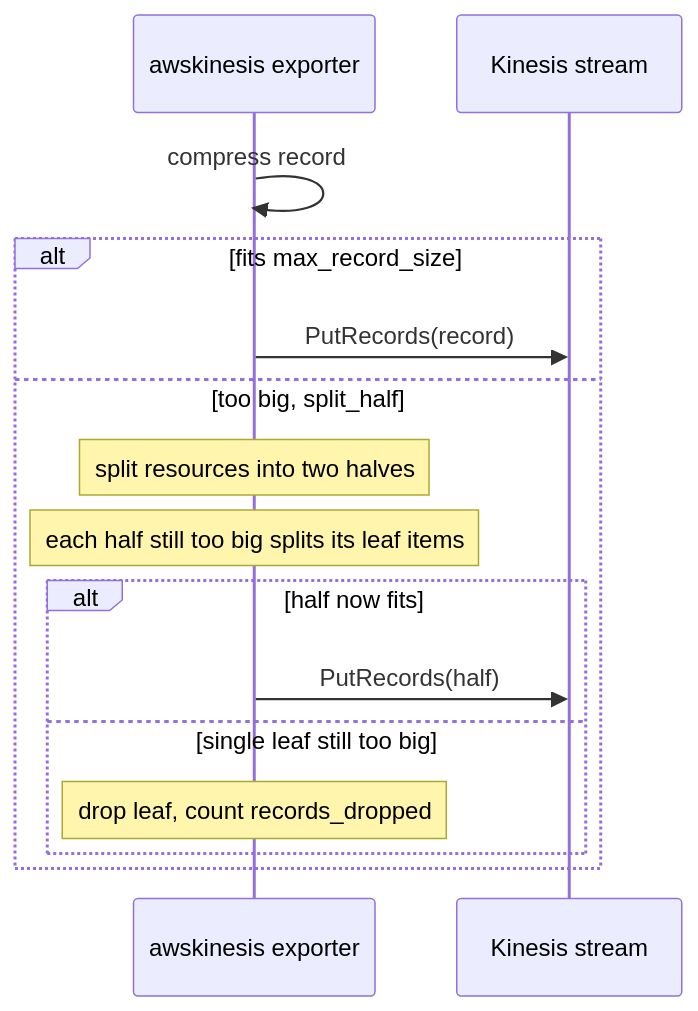
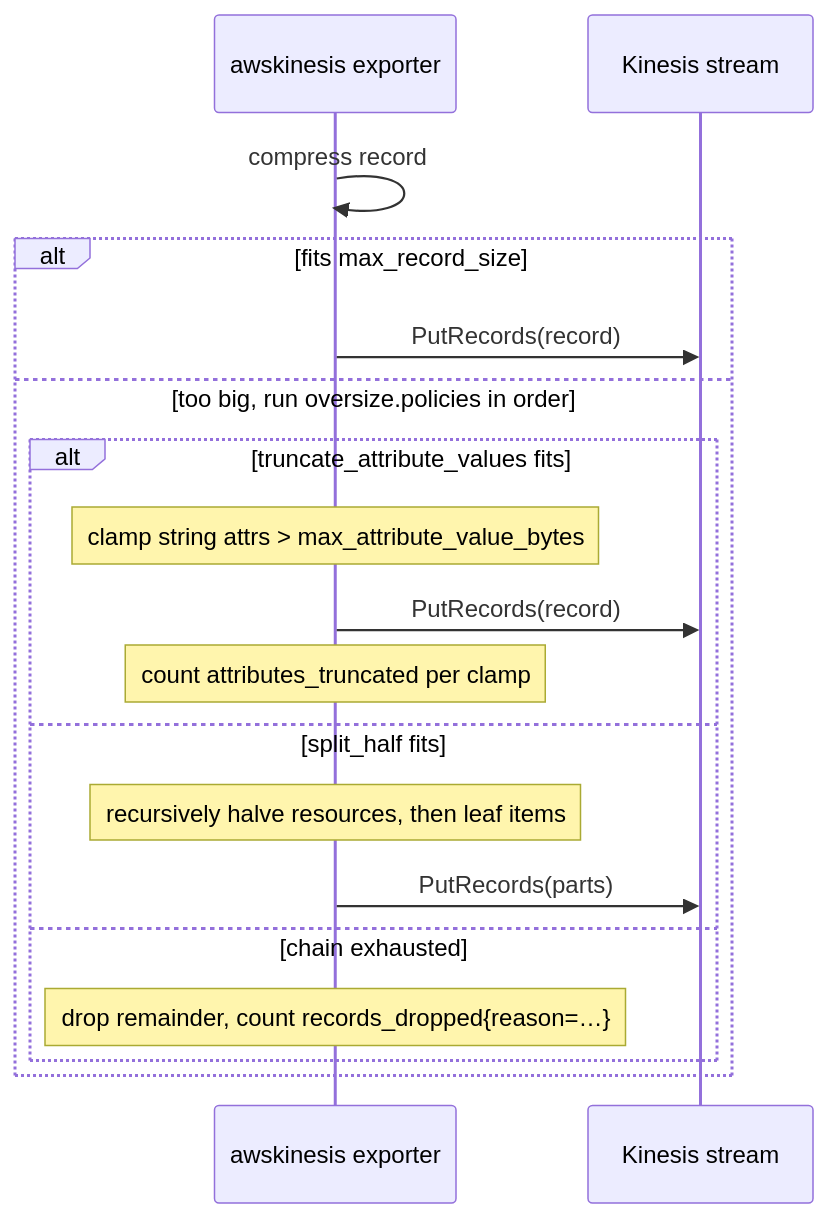
Before and after one commit to jrglee/opentelemetry-kinesis-stream: the second of 9 diagrams in docs/user-guide.md, drawn with Mermaid. The commit also changed other lines of this file and 14 other files, not shown here.

First line of the commit message:
Add oversize recovery chain with truncate_attribute_values policy

````diff
--- a/docs/user-guide.md
+++ b/docs/user-guide.md
@@ -465,18 +492,21 @@
 ```mermaid
 sequenceDiagram
     participant EX as awskinesis exporter
     participant K as Kinesis stream
 
     EX->>EX: compress record
     alt fits max_record_size
         EX->>K: PutRecords(record)
-    else too big, split_half
-        Note over EX: split resources into two halves
-        Note over EX: each half still too big splits its leaf items
-        alt half now fits
-            EX->>K: PutRecords(half)
-        else single leaf still too big
-            Note over EX: drop leaf, count records_dropped
+    else too big, run oversize.policies in order
+        alt truncate_attribute_values fits
+            Note over EX: clamp string attrs > max_attribute_value_bytes
+            EX->>K: PutRecords(record)
+            Note over EX: count attributes_truncated per clamp
+        else split_half fits
+            Note over EX: recursively halve resources, then leaf items
+            EX->>K: PutRecords(parts)
+        else chain exhausted
+            Note over EX: drop remainder, count records_dropped{reason=…}
         end
     end
 ```
````
